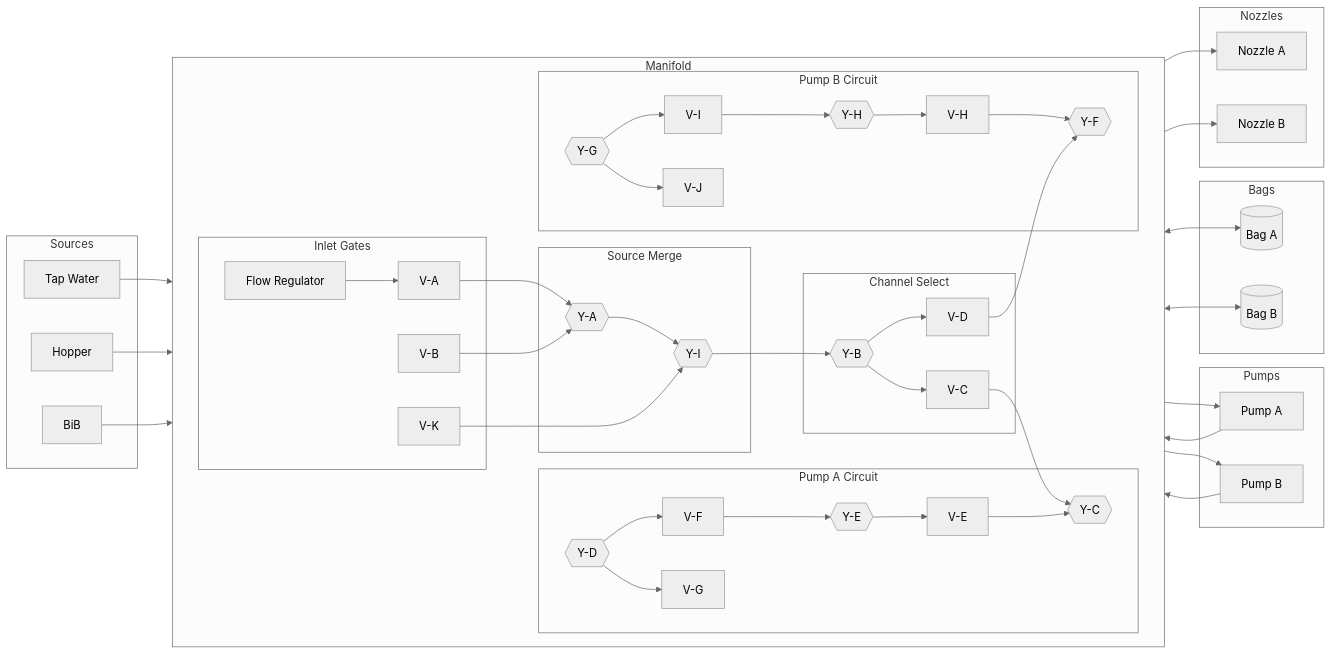
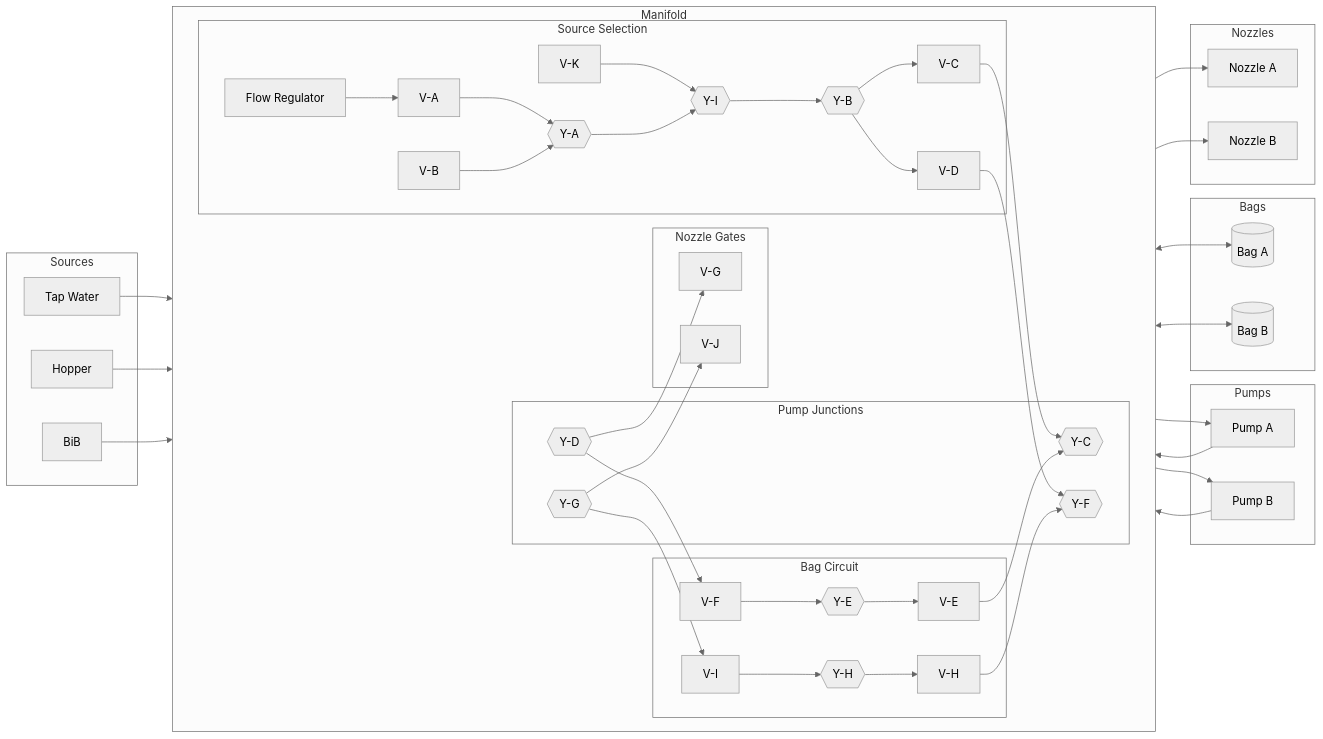
The diagram in hardware/topology/fluid-topology-manifold.mmd (derekbreden/soda-flavor-injector), drawn with Mermaid (neutral theme) before and after one commit.

Commit message:
Regroup manifold subgraphs by function
Source Selection, Pump Junctions, Nozzle Gates, and Bag Circuit —
grouped by what the components do rather than which channel they
belong to.

```diff
--- a/hardware/topology/fluid-topology-manifold.mmd
+++ b/hardware/topology/fluid-topology-manifold.mmd
@@ -1,114 +1,107 @@
 flowchart LR
 
   %% =========================
   %% Remote components
   %% =========================
   subgraph Sources["Sources"]
     Tap["Tap Water"]
     Hopper["Hopper"]
     BiB["BiB"]
   end
 
   subgraph Pumps["Pumps"]
     PA["Pump A"]
     PB["Pump B"]
   end
 
   subgraph Bags["Bags"]
     BagA[("Bag A")]
     BagB[("Bag B")]
   end
 
   subgraph Nozzles["Nozzles"]
     NozzleA["Nozzle A"]
     NozzleB["Nozzle B"]
   end
 
   %% =========================
   %% Manifold
   %% =========================
   subgraph Manifold["Manifold"]
     direction LR
 
-    subgraph InletGates["Inlet Gates"]
+    subgraph SourceSelection["Source Selection"]
       Reg["Flow Regulator"]
       VA["V-A"]
       VB["V-B"]
       VK["V-K"]
-    end
-
-    subgraph SourceMerge["Source Merge"]
       YA{{"Y-A"}}
       YI{{"Y-I"}}
-    end
-
-    subgraph ChannelSelect["Channel Select"]
       YB{{"Y-B"}}
       VC["V-C"]
       VD["V-D"]
     end
 
-    subgraph PumpACircuit["Pump A Circuit"]
-      VE["V-E"]
+    subgraph MfPumps["Pump Junctions"]
       YC{{"Y-C"}}
       YD{{"Y-D"}}
-      VF["V-F"]
-      VG["V-G"]
-      YE{{"Y-E"}}
+      YF{{"Y-F"}}
+      YG{{"Y-G"}}
     end
 
-    subgraph PumpBCircuit["Pump B Circuit"]
-      VH["V-H"]
-      YF{{"Y-F"}}
-      YG{{"Y-G"}}
-      VI["V-I"]
+    subgraph MfNozzles["Nozzle Gates"]
+      VG["V-G"]
       VJ["V-J"]
-      YH{{"Y-H"}}
     end
 
-    %% Inlet Gates connections
+    subgraph MfBags["Bag Circuit"]
+      VE["V-E"]
+      YE{{"Y-E"}}
+      VF["V-F"]
+      VH["V-H"]
+      YH{{"Y-H"}}
+      VI["V-I"]
+    end
+
+    %% Source Selection connections
     Reg --> VA
     VA --> YA
     VB --> YA
     VK --> YI
-
-    %% Source Merge connections
     YA --> YI
     YI --> YB
-
-    %% Channel Select connections
     YB --> VC
     YB --> VD
 
-    %% Pump A Circuit connections
+    %% Pump Junctions connections
     VC --> YC
-    VE --> YC
+    VD --> YF
     YD --> VG
     YD --> VF
+    YG --> VJ
+    YG --> VI
+
+    %% Bag Circuit connections
+    VE --> YC
     VF --> YE
     YE --> VE
-
-    %% Pump B Circuit connections
-    VD --> YF
     VH --> YF
-    YG --> VJ
-    YG --> VI
     VI --> YH
     YH --> VH
   end
 
   %% =========================
   %% Tube runs (manifold ↔ remote)
   %% =========================
   Tap --> Reg
   Hopper --> VB
   BiB --> VK
 
   YC --> PA --> YD
   YF --> PB --> YG
 
   YE <--> BagA
   YH <--> BagB
 
   VG --> NozzleA
   VJ --> NozzleB
```
